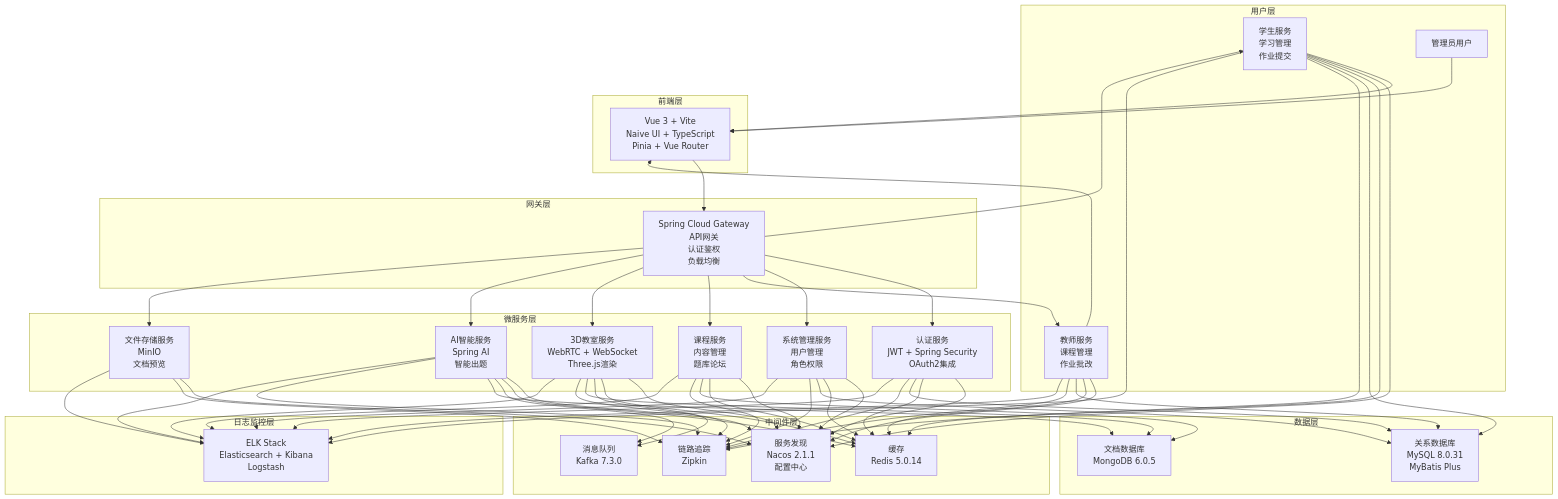
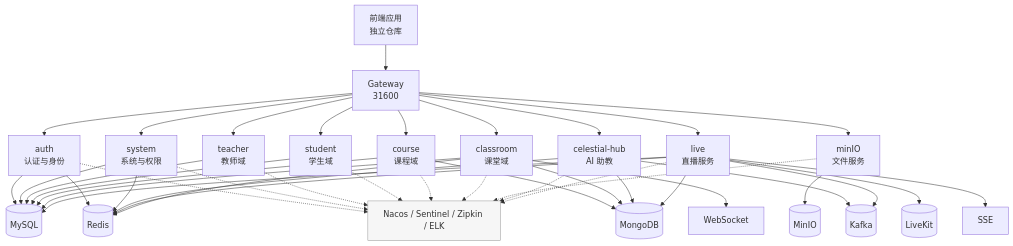
Before and after one commit to DaYZ316/SapientiaCloud-EduPivot: the diagram in README.md, drawn with Mermaid. The commit also changed other lines of this file and 31 other files, not shown here.

First line of the commit message:
feat(celestial-hub): 添加AI对话音频生成功能并集成Sentinel流控

````diff
--- a/README.md
+++ b/README.md
@@ -11,113 +19,54 @@
 ```mermaid
-graph TB
-    %% 用户层
-    subgraph "用户层"
-        Student[学生用户]
-        Teacher[教师用户]
-        Admin[管理员用户]
-    end
+graph TD
+    UI[前端应用<br/>独立仓库] --> GW[Gateway<br/>31600]
 
-    %% 前端层
-    subgraph "前端层"
-        UI[Vue 3 + Vite<br/>Naive UI + TypeScript<br/>Pinia + Vue Router]
-    end
+    GW --> AUTH[auth<br/>认证与身份]
+    GW --> SYS[system<br/>系统与权限]
+    GW --> TEA[teacher<br/>教师域]
+    GW --> STU[student<br/>学生域]
+    GW --> COURSE[course<br/>课程域]
+    GW --> CLASSROOM[classroom<br/>课堂域]
+    GW --> FILE[minIO<br/>文件服务]
+    GW --> AI[celestial-hub<br/>AI 助教]
+    GW --> LIVE[live<br/>直播服务]
 
-    %% 网关层
-    subgraph "网关层"
-        Gateway[Spring Cloud Gateway<br/>API网关<br/>认证鉴权<br/>负载均衡]
-    end
+    AUTH --> MYSQL[(MySQL)]
+    SYS --> MYSQL
+    TEA --> MYSQL
+    STU --> MYSQL
+    COURSE --> MYSQL
+    CLASSROOM --> MYSQL
+    LIVE --> MYSQL
 
-    %% 微服务层
-    subgraph "微服务层"
-        Auth[认证服务<br/>JWT + Spring Security<br/>OAuth2集成]
-        System[系统管理服务<br/>用户管理<br/>角色权限]
-        Teacher[教师服务<br/>课程管理<br/>作业批改]
-        Student[学生服务<br/>学习管理<br/>作业提交]
-        Course[课程服务<br/>内容管理<br/>题库论坛]
-        Classroom[3D教室服务<br/>WebRTC + WebSocket<br/>Three.js渲染]
-        AI[AI智能服务<br/>Spring AI<br/>智能出题]
-        MinIO[文件存储服务<br/>MinIO<br/>文档预览]
-    end
+    COURSE --> MONGO[(MongoDB)]
+    CLASSROOM --> MONGO
+    AI --> MONGO
+    LIVE --> MONGO
 
-    %% 中间件层
-    subgraph "中间件层"
-        Nacos[服务发现<br/>Nacos 2.1.1<br/>配置中心]
-        Redis[缓存<br/>Redis 5.0.14]
-        Kafka[消息队列<br/>Kafka 7.3.0]
-        Zipkin[链路追踪<br/>Zipkin]
-    end
+    AUTH --> REDIS[(Redis)]
+    SYS --> REDIS
+    AI --> REDIS
+    LIVE --> REDIS
+    CLASSROOM --> REDIS
 
-    %% 数据层
-    subgraph "数据层"
-        MySQL[关系数据库<br/>MySQL 8.0.31<br/>MyBatis Plus]
-        MongoDB[文档数据库<br/>MongoDB 6.0.5]
-    end
+    AI --> KAFKA[(Kafka)]
+    LIVE --> KAFKA
 
-    %% 日志监控层
-    subgraph "日志监控层"
-        ELK[ELK Stack<br/>Elasticsearch + Kibana<br/>Logstash]
-    end
+    FILE --> MINIO[(MinIO)]
+    LIVE --> LIVEKIT[(LiveKit)]
+    CLASSROOM --> WS[WebSocket]
+    LIVE --> SSE[SSE]
+    ALL[Nacos / Sentinel / Zipkin / ELK]:::infra
 
-    %% 连接关系
-    Student --> UI
-    Teacher --> UI
-    Admin --> UI
-    
-    UI --> Gateway
-    
-    Gateway --> Auth
-    Gateway --> System
-    Gateway --> Teacher
-    Gateway --> Student
-    Gateway --> Course
-    Gateway --> Classroom
-    Gateway --> AI
-    Gateway --> MinIO
-    
-    Auth --> Nacos
-    System --> Nacos
-    Teacher --> Nacos
-    Student --> Nacos
-    Course --> Nacos
-    Classroom --> Nacos
-    AI --> Nacos
-    MinIO --> Nacos
-    
-    Auth --> Redis
-    System --> Redis
-    Teacher --> Redis
-    Student --> Redis
-    Course --> Redis
-    Classroom --> Redis
-    AI --> Redis
-    
-    Classroom --> Kafka
-    AI --> Kafka
-    
-    Auth --> MySQL
-    System --> MySQL
-    Teacher --> MySQL
-    Student --> MySQL
-    
-    Course --> MongoDB
-    Classroom --> MongoDB
-    AI --> MongoDB
-    
-    Auth --> Zipkin
-    System --> Zipkin
-    Teacher --> Zipkin
-    Student --> Zipkin
-    Course --> Zipkin
-    Classroom --> Zipkin
-    AI --> Zipkin
-    MinIO --> Zipkin
-    
-    Auth --> ELK
-    System --> ELK
-    Teacher --> ELK
-    Student --> ELK
-    Course --> ELK
-    Classroom --> ELK
-    AI --> ELK
-    MinIO --> ELK
+    AUTH -.-> ALL
+    SYS -.-> ALL
+    TEA -.-> ALL
+    STU -.-> ALL
+    COURSE -.-> ALL
+    CLASSROOM -.-> ALL
+    FILE -.-> ALL
+    AI -.-> ALL
+    LIVE -.-> ALL
+
+    classDef infra fill:#f6f6f6,stroke:#999,color:#333;
 ```
````
